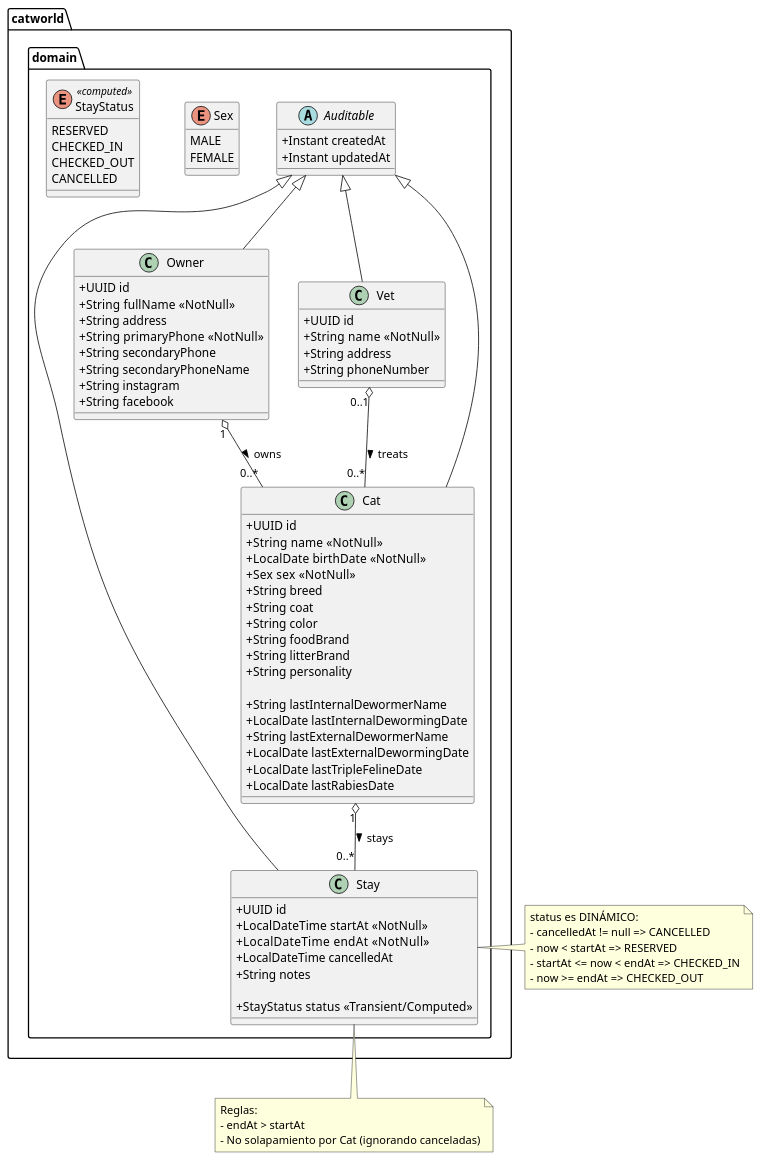
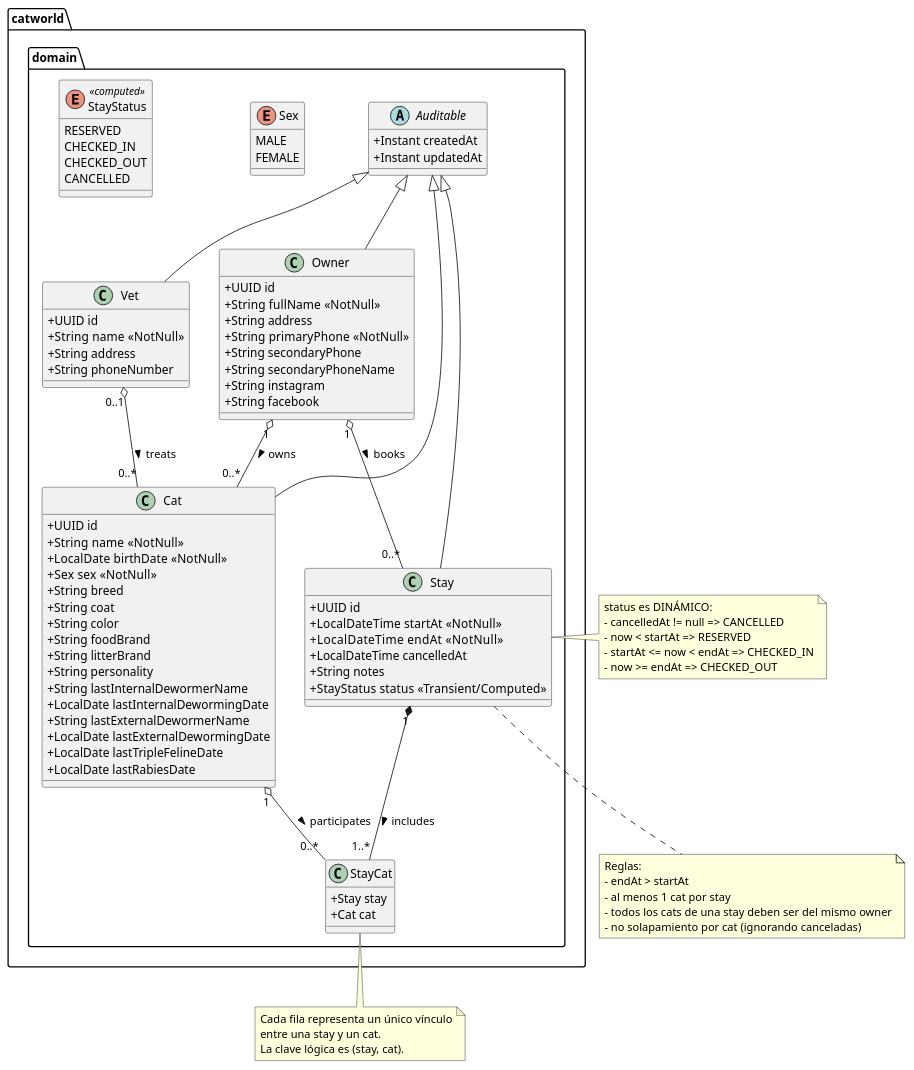
One commit to TheZenithPassage/catworld changed the diagram in docs/uml/01-domain-classes.puml. Above: the diagram before and after it, drawn with PlantUML. The commit also changed 4 other files, not shown here.

Commit message:
docs: update UML and architecture for multi-cat stays

```diff
--- a/docs/uml/01-domain-classes.puml
+++ b/docs/uml/01-domain-classes.puml
@@ -1,90 +1,103 @@
 @startuml
 skinparam classAttributeIconSize 0
 
 package "catworld.domain" {
 
   abstract class Auditable {
     +Instant createdAt
     +Instant updatedAt
   }
 
   class Owner extends Auditable {
     +UUID id
     +String fullName  <<NotNull>>
     +String address
     +String primaryPhone  <<NotNull>>
     +String secondaryPhone
     +String secondaryPhoneName
     +String instagram
     +String facebook
   }
 
   class Vet extends Auditable {
     +UUID id
     +String name  <<NotNull>>
     +String address
     +String phoneNumber
   }
 
   enum Sex {
     MALE
     FEMALE
   }
 
   class Cat extends Auditable {
     +UUID id
     +String name  <<NotNull>>
     +LocalDate birthDate  <<NotNull>>
     +Sex sex  <<NotNull>>
     +String breed
     +String coat
     +String color
     +String foodBrand
     +String litterBrand
     +String personality
-
     +String lastInternalDewormerName
     +LocalDate lastInternalDewormingDate
     +String lastExternalDewormerName
     +LocalDate lastExternalDewormingDate
     +LocalDate lastTripleFelineDate
     +LocalDate lastRabiesDate
   }
 
   enum StayStatus <<computed>> {
     RESERVED
     CHECKED_IN
     CHECKED_OUT
     CANCELLED
   }
 
   class Stay extends Auditable {
     +UUID id
     +LocalDateTime startAt  <<NotNull>>
     +LocalDateTime endAt    <<NotNull>>
     +LocalDateTime cancelledAt
     +String notes
+    +StayStatus status  <<Transient/Computed>>
+  }
 
-    +StayStatus status  <<Transient/Computed>>
+  class StayCat {
+    +Stay stay
+    +Cat cat
   }
 
   Owner "1" o-- "0..*" Cat : owns >
   Vet   "0..1" o-- "0..*" Cat : treats >
-  Cat   "1" o-- "0..*" Stay : stays >
+  Owner "1" o-- "0..*" Stay : books >
+  Stay  "1" *-- "1..*" StayCat : includes >
+  Cat   "1" o-- "0..*" StayCat : participates >
 }
 
 note right of Stay
 status es DINÁMICO:
 - cancelledAt != null => CANCELLED
 - now < startAt => RESERVED
 - startAt <= now < endAt => CHECKED_IN
 - now >= endAt => CHECKED_OUT
 end note
 
 note bottom of Stay
 Reglas:
 - endAt > startAt
-- No solapamiento por Cat (ignorando canceladas)
+- al menos 1 cat por stay
+- todos los cats de una stay deben ser del mismo owner
+- no solapamiento por cat (ignorando canceladas)
+end note
+
+note bottom of StayCat
+Cada fila representa un único vínculo
+entre una stay y un cat.
+La clave lógica es (stay, cat).
 end note
 
 @enduml
```
